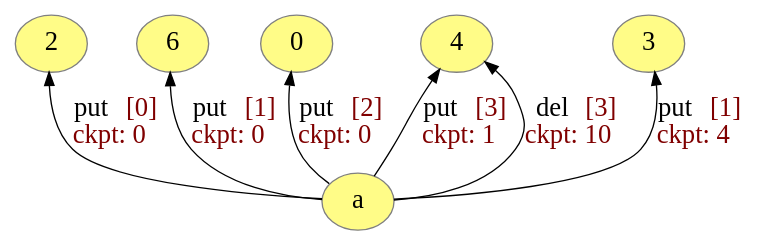
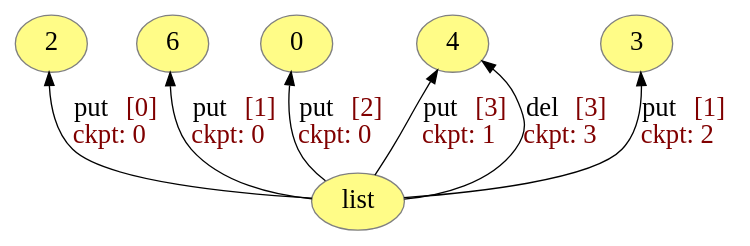
One commit to dew-uff/versioned-prov changed the diagram in generated/presentation/incremental.dot. Above: the diagram before and after it, drawn with Graphviz. The commit also changed 154 other files, not shown here.

```diff
--- a/generated/presentation/incremental.dot
+++ b/generated/presentation/incremental.dot
@@ -1,17 +1,17 @@
 digraph "PROV" { size="16,12"; rankdir="BT";
 "g/6" [fillcolor="#FFFC87",color="#808080",style="filled",hide3="true",label="6",URL="g/6",fontsize="20"]
 "g/2" [fillcolor="#FFFC87",color="#808080",style="filled",hide3="true",label="2",URL="g/2",fontsize="20"]
 "g/0" [fillcolor="#FFFC87",color="#808080",style="filled",hide3="true",label="0",URL="g/0",fontsize="20"]
 "g/4" [fillcolor="#FFFC87",color="#808080",style="filled",hide3="true",label="4",URL="g/4",fontsize="20"]
 "g/3" [fillcolor="#FFFC87",color="#808080",style="filled",hide3="true",label="3",URL="g/3",fontsize="20"]
-"g/a" [fillcolor="#FFFC87",color="#808080",style="filled",hide3="true",label="a",URL="g/a",fontsize="20"]
-"g/a" -> "g/2" [fontsize="20",labeldistance="1",color="black",labelangle="60.0",rotation="20",label=<<font color="black">put</font><font color="#800000">&nbsp;[0]<br/>ckpt:&nbsp;0</font>>]
-"g/a" -> "g/6" [fontsize="20",labeldistance="1",color="black",labelangle="60.0",rotation="20",label=<<font color="black">put</font><font color="#800000">&nbsp;[1]<br/>ckpt:&nbsp;0</font>>]
-"g/a" -> "g/0" [fontsize="20",labeldistance="1",color="black",labelangle="60.0",rotation="20",label=<<font color="black">put</font><font color="#800000">&nbsp;[2]<br/>ckpt:&nbsp;0</font>>]
-"g/a" -> "g/4" [fontsize="20",labeldistance="1",color="black",labelangle="60.0",rotation="20",label=<<font color="black">put</font><font color="#800000">&nbsp;[3]<br/>ckpt:&nbsp;1</font>>]
-"g/a" -> "g/3" [fontsize="20",labeldistance="1",color="black",labelangle="60.0",rotation="20",label=<<font color="black">put</font><font color="#800000">&nbsp;[1]<br/>ckpt:&nbsp;4</font>>]
-"g/a" -> "g/4" [fontsize="20",labeldistance="1",color="black",labelangle="60.0",rotation="20",label=<<font color="black">del</font><font color="#800000">&nbsp;[3]<br/>ckpt:&nbsp;10</font>>]
+"g/list" [fillcolor="#FFFC87",color="#808080",style="filled",hide3="true",label="list",URL="g/list",fontsize="20"]
+"g/list" -> "g/2" [fontsize="20",labeldistance="1",color="black",labelangle="60.0",rotation="20",label=<<font color="black">put</font><font color="#800000">&nbsp;[0]<br/>ckpt:&nbsp;0</font>>]
+"g/list" -> "g/6" [fontsize="20",labeldistance="1",color="black",labelangle="60.0",rotation="20",label=<<font color="black">put</font><font color="#800000">&nbsp;[1]<br/>ckpt:&nbsp;0</font>>]
+"g/list" -> "g/0" [fontsize="20",labeldistance="1",color="black",labelangle="60.0",rotation="20",label=<<font color="black">put</font><font color="#800000">&nbsp;[2]<br/>ckpt:&nbsp;0</font>>]
+"g/list" -> "g/4" [fontsize="20",labeldistance="1",color="black",labelangle="60.0",rotation="20",label=<<font color="black">put</font><font color="#800000">&nbsp;[3]<br/>ckpt:&nbsp;1</font>>]
+"g/list" -> "g/3" [fontsize="20",labeldistance="1",color="black",labelangle="60.0",rotation="20",label=<<font color="black">put</font><font color="#800000">&nbsp;[1]<br/>ckpt:&nbsp;2</font>>]
+"g/list" -> "g/4" [fontsize="20",labeldistance="1",color="black",labelangle="60.0",rotation="20",label=<<font color="black">del</font><font color="#800000">&nbsp;[3]<br/>ckpt:&nbsp;3</font>>]
 
 "g/2"->"g/6"->"g/0"->"g/4"->"g/3" [style=invis]
 {rank=same "g/2" "g/6" "g/0" "g/3" "g/4" }
 }
```
